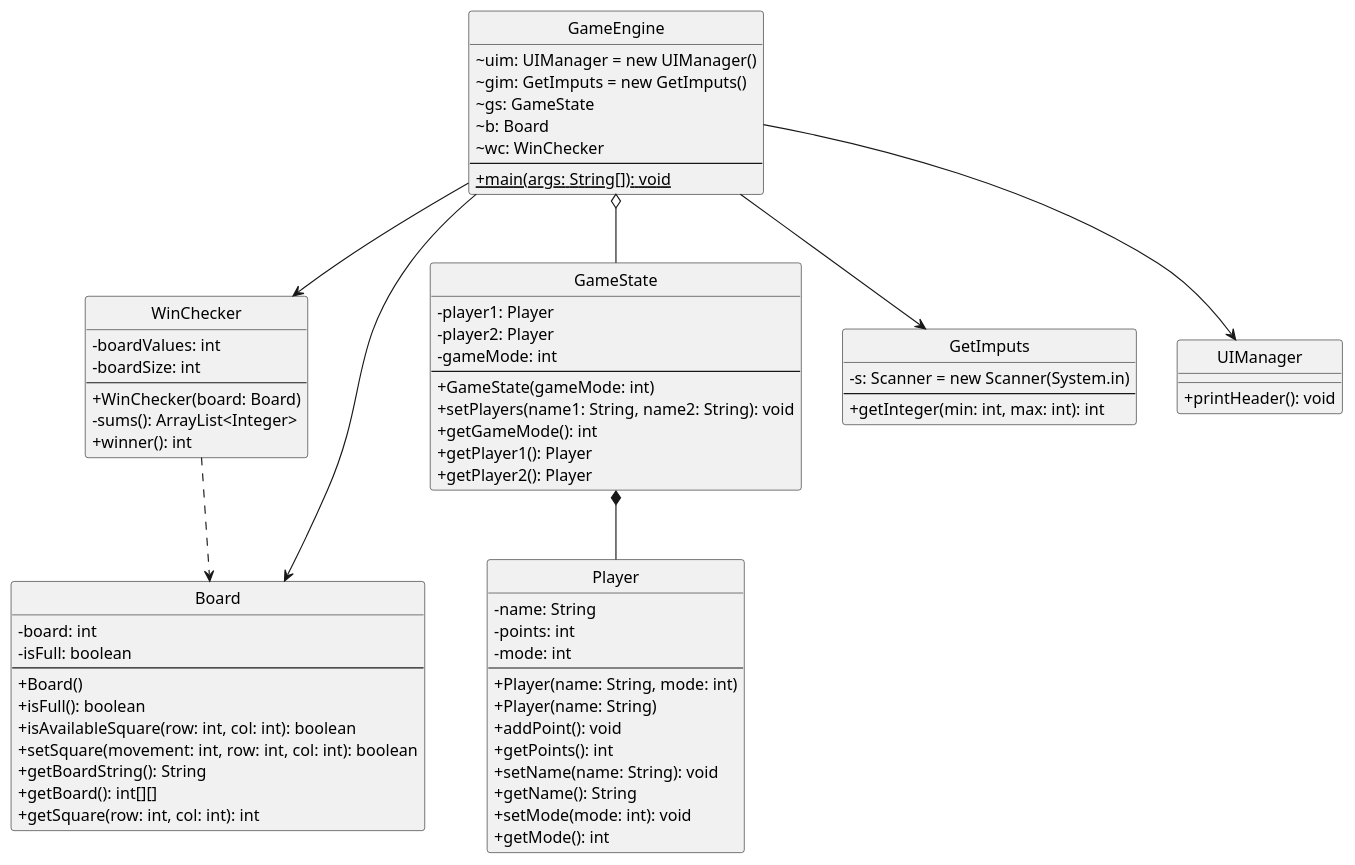
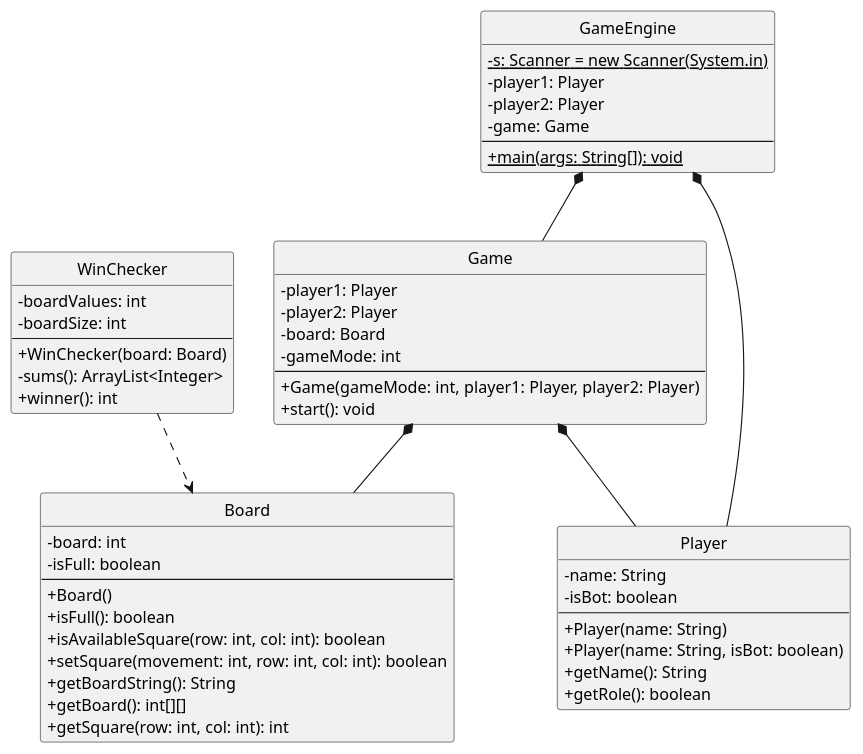
The diagram in .UML/src.puml (Andresit1524/TicTacToe), drawn with PlantUML before and after one commit. The commit also changed other lines of this file and 10 other files, not shown here.

```diff
--- a/.UML/src.puml
+++ b/.UML/src.puml
@@ -6,81 +6,61 @@
 @startuml
 skinparam classAttributeIconSize 0
 hide circle
 
+class Game {
+  -player1: Player
+  -player2: Player
+  -board: Board
+  -gameMode: int
+  --
+  +Game(gameMode: int, player1: Player, player2: Player)
+  +start(): void
+}
+
 class GameEngine {
-  ~uim: UIManager = new UIManager()
-  ~gim: GetImputs = new GetImputs()
-  ~gs: GameState
-  ~b: Board
-  ~wc: WinChecker
+  -{static} s: Scanner = new Scanner(System.in)
+  -player1: Player
+  -player2: Player
+  -game: Game
   --
   +{static} main(args: String[]): void
 }
 
 class WinChecker {
   -boardValues: int
   -boardSize: int
   --
   +WinChecker(board: Board)
   -sums(): ArrayList<Integer>
   +winner(): int
 }
 
 class Board {
   -board: int
   -isFull: boolean
   --
   +Board()
   +isFull(): boolean
   +isAvailableSquare(row: int, col: int): boolean
   +setSquare(movement: int, row: int, col: int): boolean
   +getBoardString(): String
   +getBoard(): int[][]
   +getSquare(row: int, col: int): int
 }
 
-class GameState {
-  -player1: Player
-  -player2: Player
-  -gameMode: int
+class Player {
+  -name: String
+  -isBot: boolean
   --
-  +GameState(gameMode: int)
-  +setPlayers(name1: String, name2: String): void
-  +getGameMode(): int
-  +getPlayer1(): Player
-  +getPlayer2(): Player
+  +Player(name: String)
+  +Player(name: String, isBot: boolean)
+  +getName(): String
+  +getRole(): boolean
 }
 
-class Player {
-  -name: String
-  -points: int
-  -mode: int
-  --
-  +Player(name: String, mode: int)
-  +Player(name: String)
-  +addPoint(): void
-  +getPoints(): int
-  +setName(name: String): void
-  +getName(): String
-  +setMode(mode: int): void
-  +getMode(): int
-}
-
-class GetImputs {
-  -s: Scanner = new Scanner(System.in)
-  --
-  +getInteger(min: int, max: int): int
-}
-
-class UIManager {
-  +printHeader(): void
-}
-
-GameEngine --> UIManager
-GameEngine --> GetImputs
-GameEngine o-- GameState
-GameEngine --> Board
-GameEngine --> WinChecker
+Game *-- Player
+Game *-- Board
+GameEngine *-- Player
+GameEngine *-- Game
 WinChecker ..> Board
-GameState *-- Player
 @enduml
```
